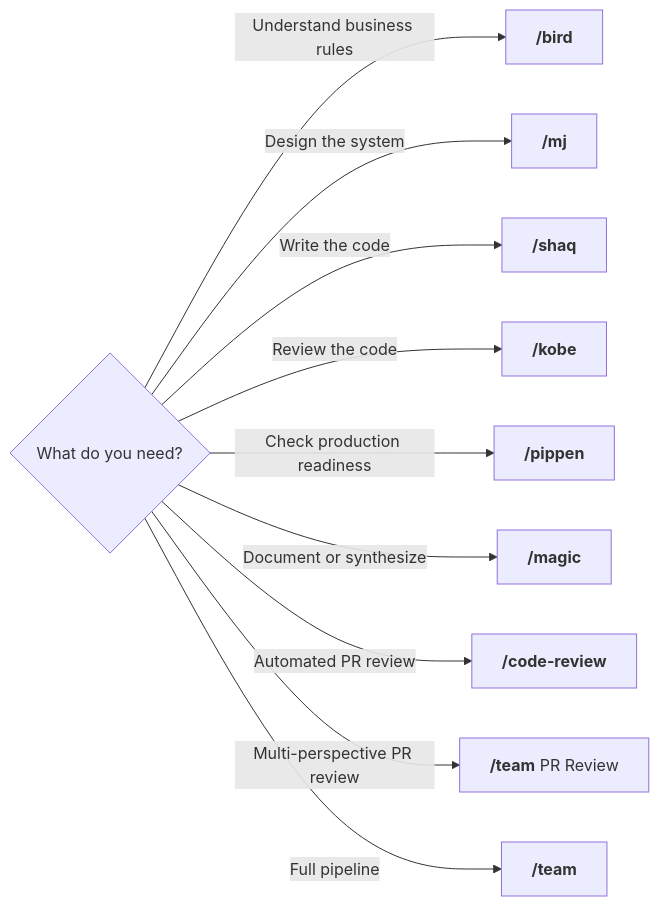
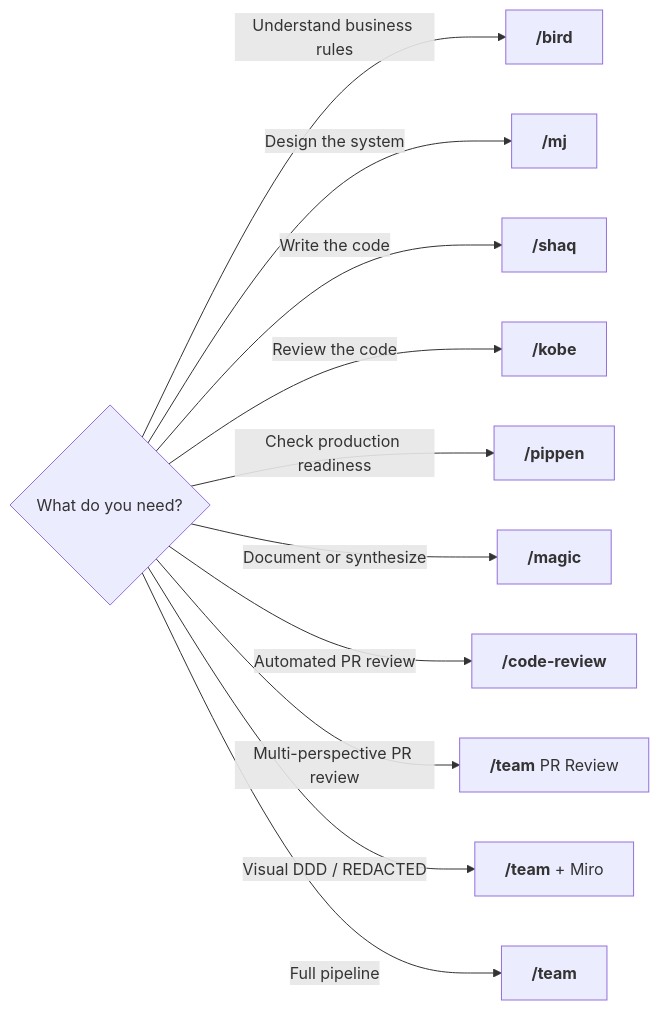
Before and after one commit to bondarewicz/dreamteam: the first of 4 diagrams in README.md, drawn with Mermaid. The commit also changed other lines of this file, not shown here.

First line of the commit message:
docs: Add Miro integration documentation and demo section

````diff
--- a/README.md
+++ b/README.md
@@ -44,13 +44,14 @@
 ```mermaid
 graph LR
     Q{What do you need?}
     Q -->|Understand business rules| bird["`**/bird**`"]
     Q -->|Design the system| mj["`**/mj**`"]
     Q -->|Write the code| shaq["`**/shaq**`"]
     Q -->|Review the code| kobe["`**/kobe**`"]
     Q -->|Check production readiness| pippen["`**/pippen**`"]
     Q -->|Document or synthesize| magic["`**/magic**`"]
     Q -->|Automated PR review| cr["`**/code-review**`"]
     Q -->|Multi-perspective PR review| team_pr["`**/team** PR Review`"]
+    Q -->|Visual DDD / REDACTED| team_miro["`**/team** + Miro`"]
     Q -->|Full pipeline| team["`**/team**`"]
 ```
````
